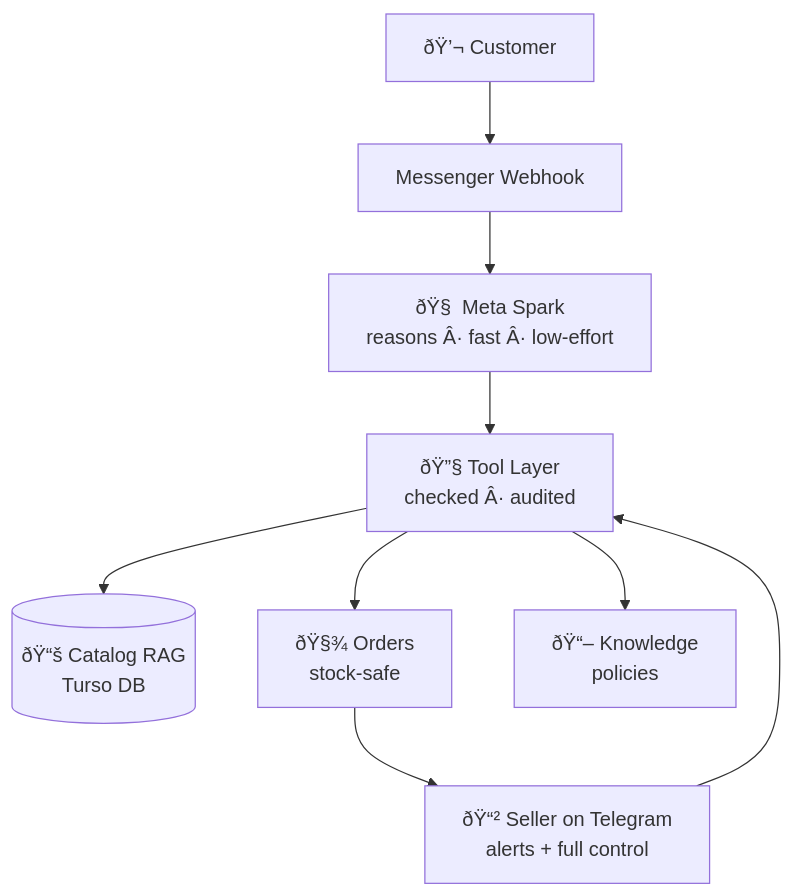
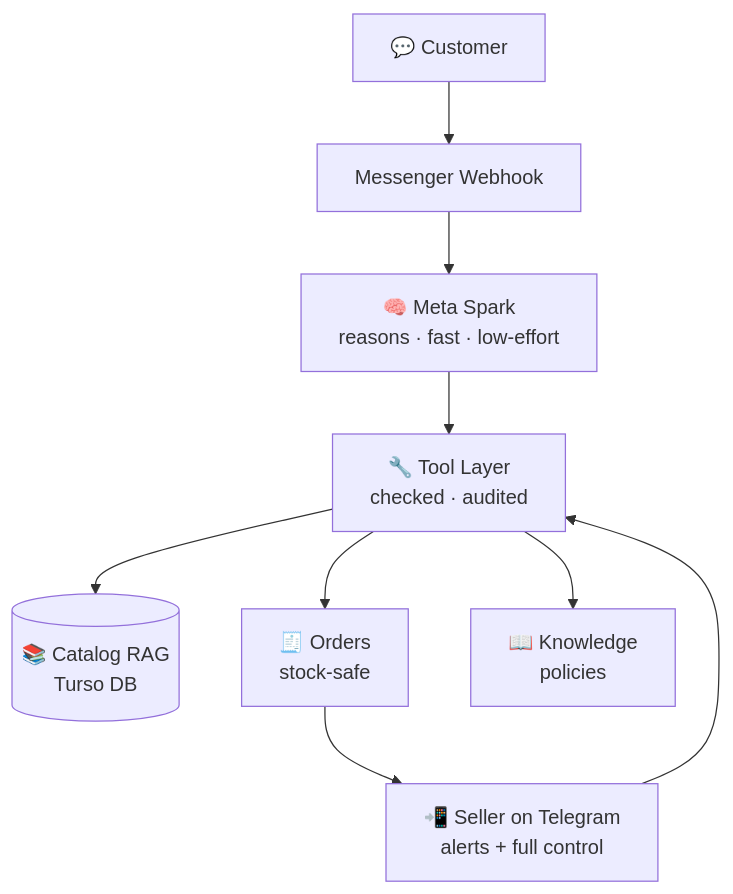
Before and after one commit to MaharabTimon/AI-Commerce-Agent-Hackathon: the diagram in README.md, drawn with Mermaid. The commit also changed other lines of this file, not shown here.

````diff
--- a/README.md
+++ b/README.md
@@ -75,11 +74,11 @@
 ```mermaid
 flowchart TD
-    C[ðŸ’¬ Customer] --> M[Messenger Webhook]
-    M --> A[ðŸ§  Meta Spark<br/>reasons Â· fast Â· low-effort]
-    A --> T[ðŸ”§ Tool Layer<br/>checked Â· audited]
-    T --> R[(ðŸ“š Catalog RAG<br/>Turso DB)]
-    T --> O[ðŸ§¾ Orders<br/>stock-safe]
-    T --> K[ðŸ“– Knowledge<br/>policies]
-    O --> S[ðŸ“² Seller on Telegram<br/>alerts + full control]
+    C[💬 Customer] --> M[Messenger Webhook]
+    M --> A[🧠 Meta Spark<br/>reasons · fast · low-effort]
+    A --> T[🔧 Tool Layer<br/>checked · audited]
+    T --> R[(📚 Catalog RAG<br/>Turso DB)]
+    T --> O[🧾 Orders<br/>stock-safe]
+    T --> K[📖 Knowledge<br/>policies]
+    O --> S[📲 Seller on Telegram<br/>alerts + full control]
     S --> T
 ```
````
